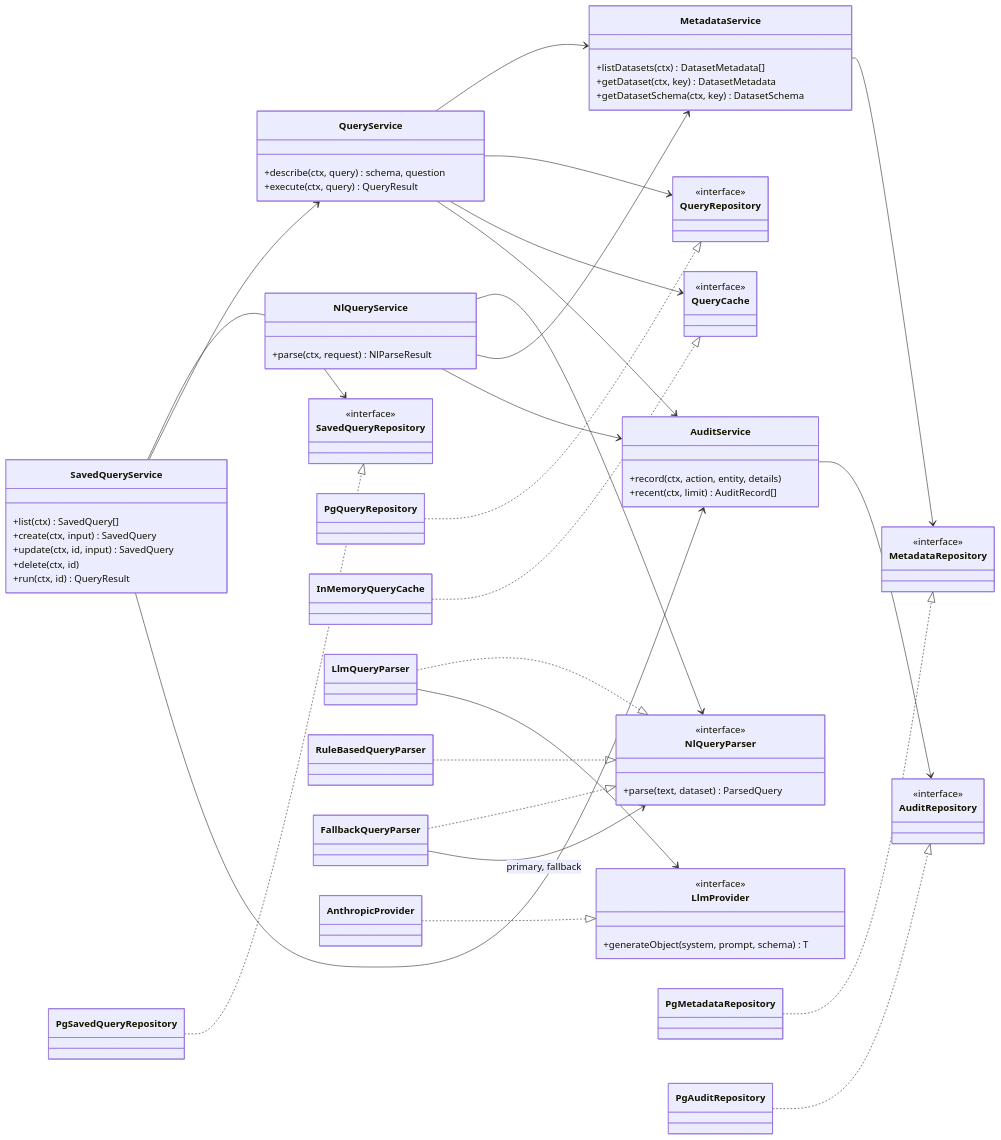
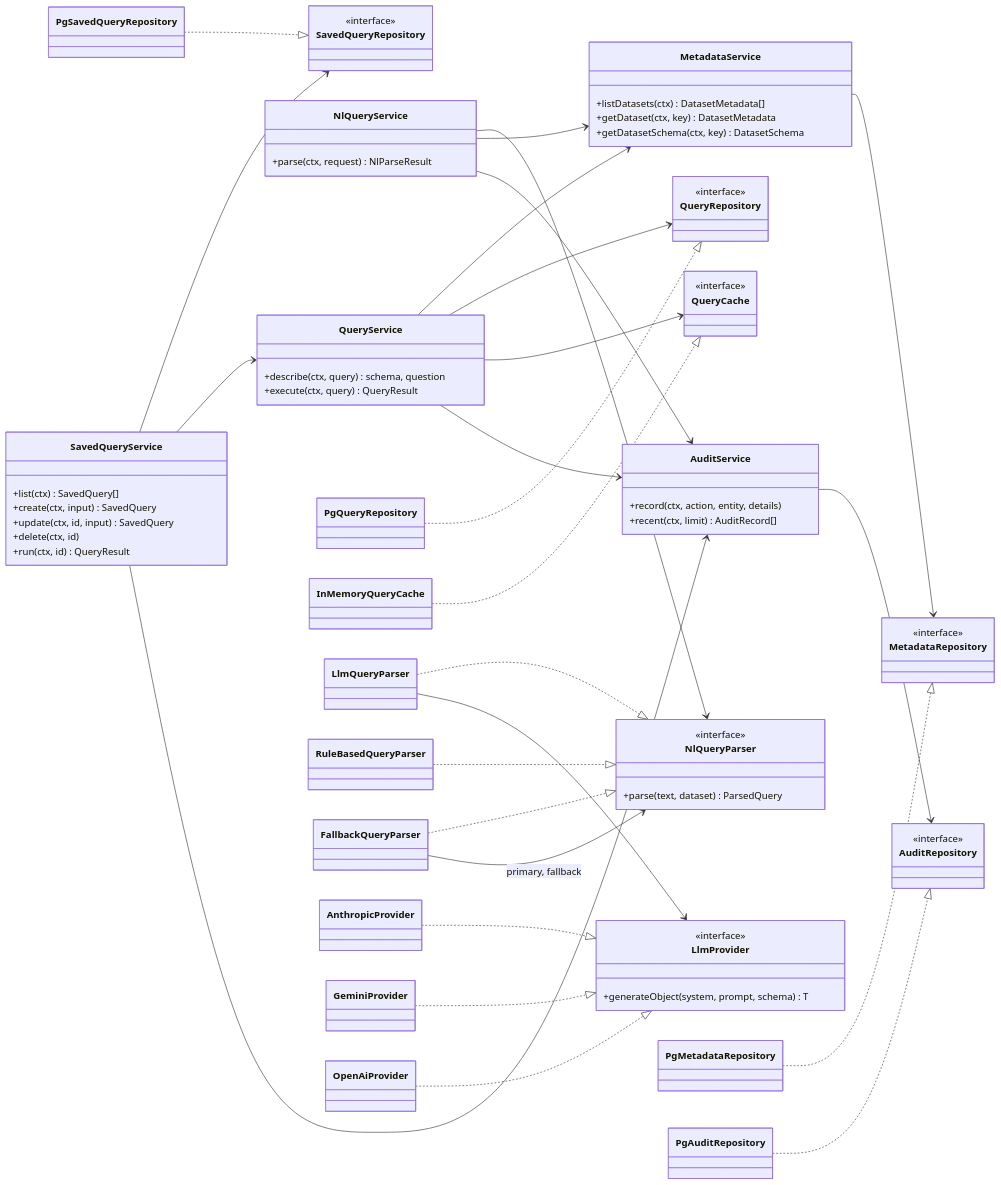
Before and after one commit to MiryamShpigel/supports: the second of 3 diagrams in README.md, drawn with Mermaid. The commit also changed other lines of this file and 17 other files, not shown here.

````diff
--- a/README.md
+++ b/README.md
@@ -73,77 +73,81 @@
 ```mermaid
 classDiagram
   direction LR
 
   class QueryService {
     +describe(ctx, query) schema, question
     +execute(ctx, query) QueryResult
   }
   class NlQueryService {
     +parse(ctx, request) NlParseResult
   }
   class SavedQueryService {
     +list(ctx) SavedQuery[]
     +create(ctx, input) SavedQuery
     +update(ctx, id, input) SavedQuery
     +delete(ctx, id)
     +run(ctx, id) QueryResult
   }
   class MetadataService {
     +listDatasets(ctx) DatasetMetadata[]
     +getDataset(ctx, key) DatasetMetadata
     +getDatasetSchema(ctx, key) DatasetSchema
   }
   class AuditService {
     +record(ctx, action, entity, details)
     +recent(ctx, limit) AuditRecord[]
   }
 
   class QueryRepository { <<interface>> }
   class SavedQueryRepository { <<interface>> }
   class MetadataRepository { <<interface>> }
   class AuditRepository { <<interface>> }
   class QueryCache { <<interface>> }
   class NlQueryParser {
     <<interface>>
     +parse(text, dataset) ParsedQuery
   }
   class LlmProvider {
     <<interface>>
     +generateObject(system, prompt, schema) T
   }
 
   class PgQueryRepository
   class PgSavedQueryRepository
   class PgMetadataRepository
   class PgAuditRepository
   class InMemoryQueryCache
   class LlmQueryParser
   class RuleBasedQueryParser
   class FallbackQueryParser
   class AnthropicProvider
+  class GeminiProvider
+  class OpenAiProvider
 
   QueryService --> MetadataService
   QueryService --> QueryRepository
   QueryService --> QueryCache
   QueryService --> AuditService
   SavedQueryService --> SavedQueryRepository
   SavedQueryService --> QueryService
   SavedQueryService --> AuditService
   NlQueryService --> NlQueryParser
   NlQueryService --> MetadataService
   NlQueryService --> AuditService
   MetadataService --> MetadataRepository
   AuditService --> AuditRepository
 
   PgQueryRepository ..|> QueryRepository
   PgSavedQueryRepository ..|> SavedQueryRepository
   PgMetadataRepository ..|> MetadataRepository
   PgAuditRepository ..|> AuditRepository
   InMemoryQueryCache ..|> QueryCache
   LlmQueryParser ..|> NlQueryParser
   RuleBasedQueryParser ..|> NlQueryParser
   FallbackQueryParser ..|> NlQueryParser
   FallbackQueryParser --> NlQueryParser : primary, fallback
   LlmQueryParser --> LlmProvider
   AnthropicProvider ..|> LlmProvider
+  GeminiProvider ..|> LlmProvider
+  OpenAiProvider ..|> LlmProvider
 ```
````
